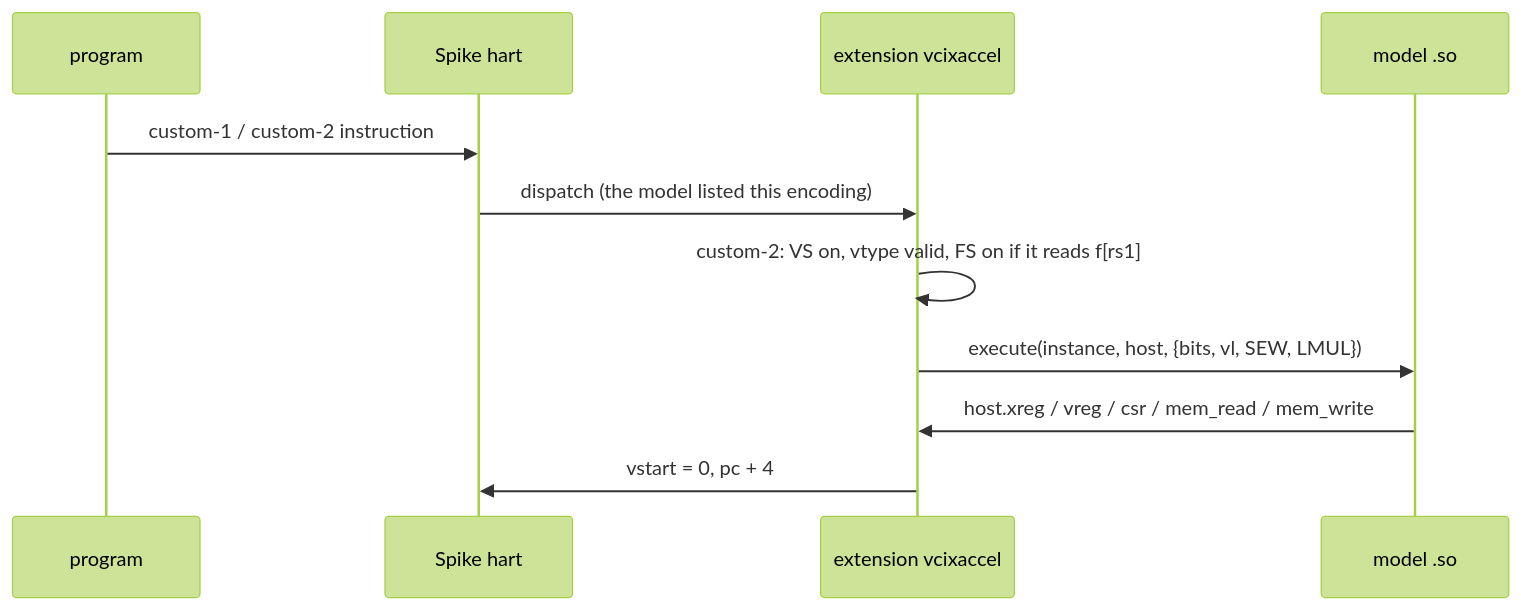
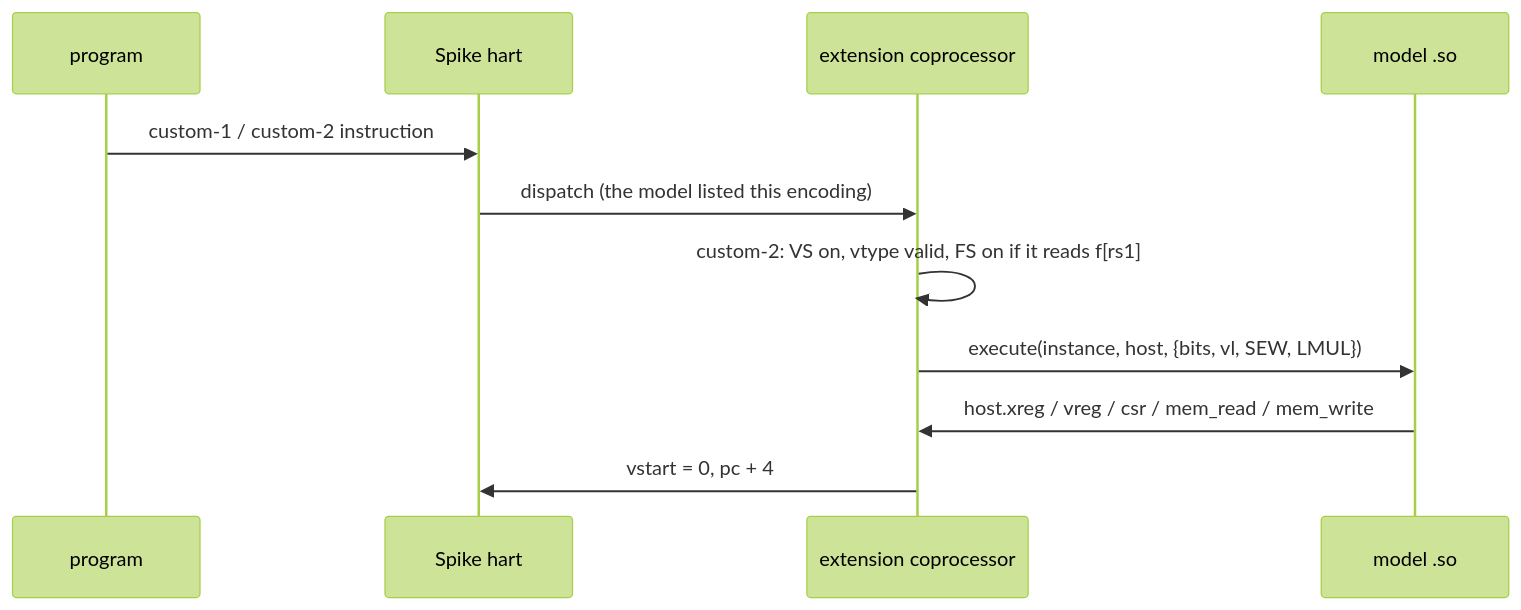
The diagram in adapters/spike/README.md (PSAL-POSTECH/Coprocessor), drawn with Mermaid (forest theme) before and after one commit. The commit also changed other lines of this file and 34 other files, not shown here.

````diff
--- a/adapters/spike/README.md
+++ b/adapters/spike/README.md
@@ -28,13 +28,13 @@
 ```mermaid
 sequenceDiagram
     participant P as program
     participant S as Spike hart
-    participant X as extension vcixaccel
+    participant X as extension coprocessor
     participant M as model .so
     P->>S: custom-1 / custom-2 instruction
     S->>X: dispatch (the model listed this encoding)
     X->>X: custom-2: VS on, vtype valid, FS on if it reads f[rs1]
     X->>M: execute(instance, host, {bits, vl, SEW, LMUL})
     M->>X: host.xreg / vreg / csr / mem_read / mem_write
     X->>S: vstart = 0, pc + 4
 ```
````
